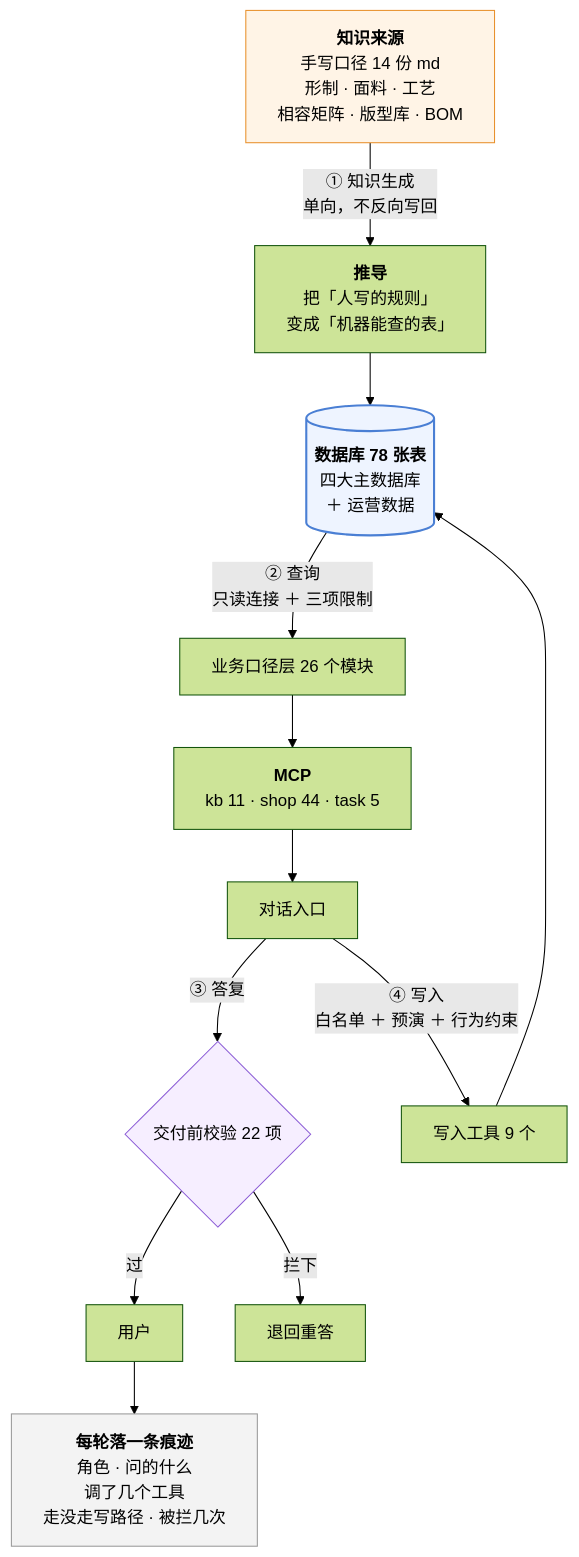
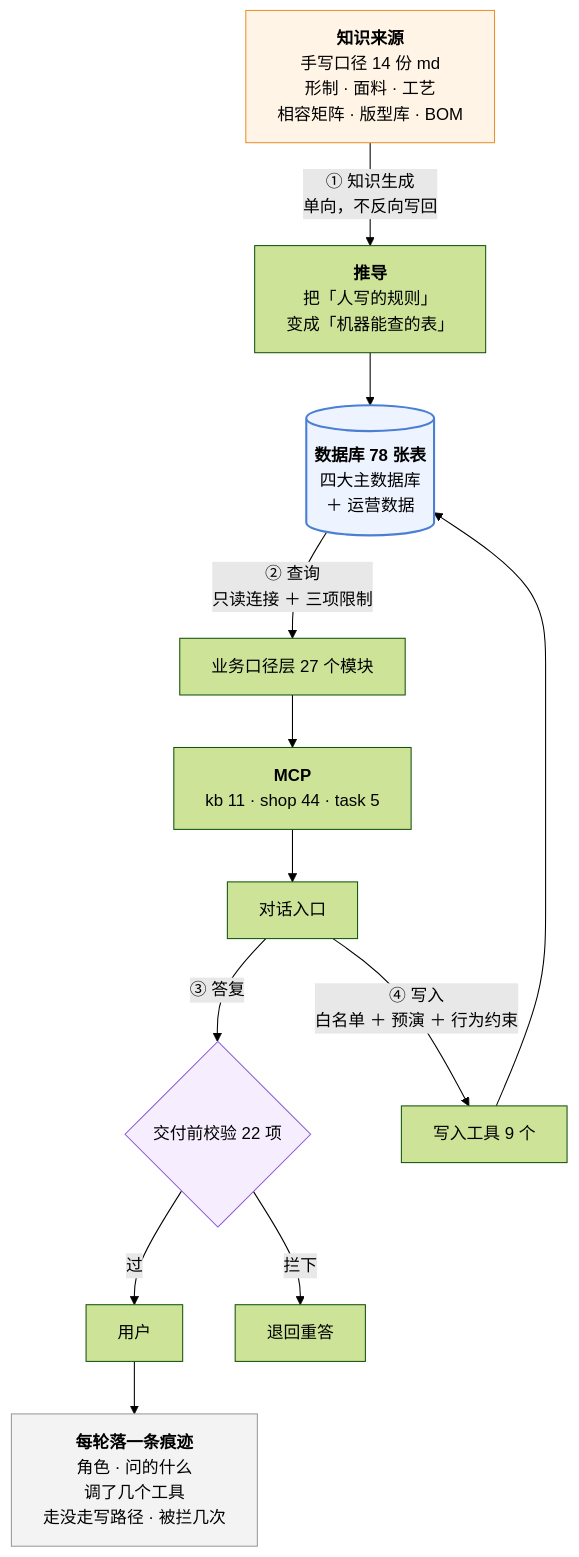
Before and after one commit to 843773296-rgb/lanxiu-yunshang-agent: the third of 4 diagrams in 澜绣云裳agent-产品需求文档.md, drawn with Mermaid (forest theme). The commit also changed other lines of this file and 17 other files, not shown here.

````diff
--- a/澜绣云裳agent-产品需求文档.md
+++ b/澜绣云裳agent-产品需求文档.md
@@ -376,24 +377,24 @@
 ```mermaid
 flowchart TD
     MD["<b>知识来源</b><br/>手写口径 14 份 md<br/>形制 · 面料 · 工艺<br/>相容矩阵 · 版型库 · BOM"]
     MD -->|"① 知识生成<br/>单向，不反向写回"| DV["<b>推导</b><br/>把「人写的规则」<br/>变成「机器能查的表」"]
     DV --> DB[("<b>数据库 78 张表</b><br/>四大主数据库<br/>＋ 运营数据")]
 
-    DB -->|"② 查询<br/>只读连接 ＋ 三项限制"| KJ["业务口径层 26 个模块"]
+    DB -->|"② 查询<br/>只读连接 ＋ 三项限制"| KJ["业务口径层 27 个模块"]
     KJ --> MCP["<b>MCP</b><br/>kb 11 · shop 44 · task 5"]
     MCP --> LLM["对话入口"]
 
     LLM -->|"③ 答复"| GD{"交付前校验 22 项"}
     GD -- 过 --> U["用户"]
     GD -- 拦下 --> RE["退回重答"]
 
     LLM -->|"④ 写入<br/>白名单 ＋ 预演 ＋ 行为约束"| W["写入工具 9 个"]
     W --> DB
 
     U --> TR["<b>每轮落一条痕迹</b><br/>角色 · 问的什么<br/>调了几个工具<br/>走没走写路径 · 被拦几次"]
 
     style MD fill:#fff4e6,stroke:#e8912d
     style DB fill:#eef4ff,stroke:#4a7fd4,stroke-width:2px
     style GD fill:#f6eeff,stroke:#8b5cd6
     style TR fill:#f3f3f3,stroke:#999
 ```
````
